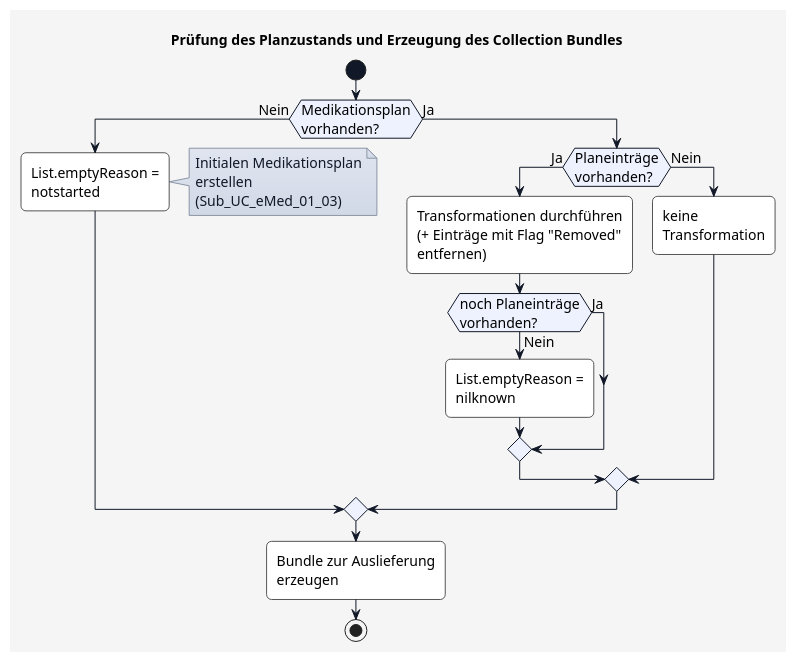
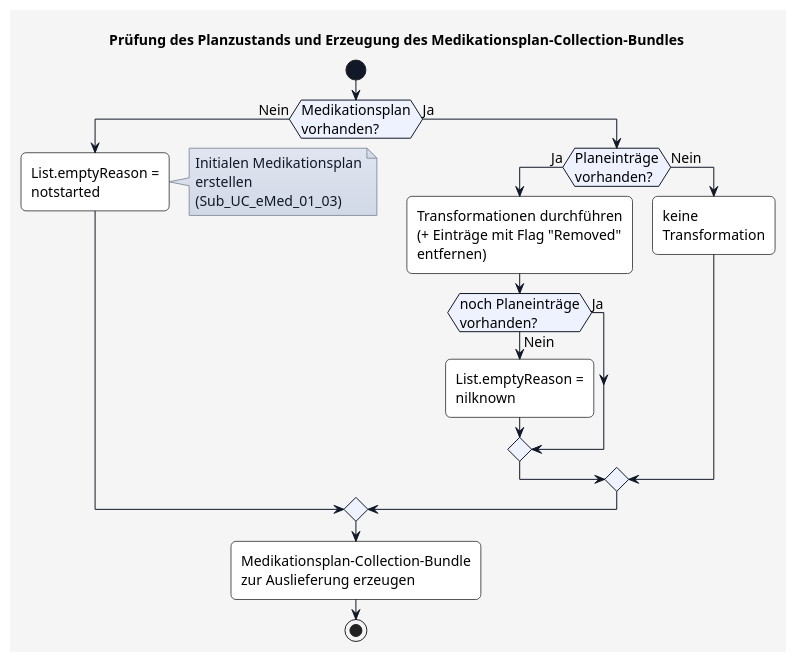
The diagram in plantuml/UC_eMed_01_01_plancheck.plantuml (HL7Austria/ELGA-e-Medikation-R4), drawn with PlantUML before and after one commit. The commit also changed 1 other file, not shown here.

Commit message:
Rename Collection Bundle to Medikationsplan-Collection-Bundle

```diff
--- a/plantuml/UC_eMed_01_01_plancheck.plantuml
+++ b/plantuml/UC_eMed_01_01_plancheck.plantuml
@@ -1,79 +1,79 @@
 @startuml
-title Prüfung des Planzustands und Erzeugung des Collection Bundles
+title Prüfung des Planzustands und Erzeugung des Medikationsplan-Collection-Bundles
 
 skinparam borderColor #000000
 skinparam backgroundColor #f5f5f5
 skinparam shadowing false
 skinparam roundCorner 10
 skinparam defaultFontName "Arial"
 skinparam defaultFontSize 14
 skinparam defaultFontColor #000000
 skinparam HyperlinkColor #0000EE
 skinparam HyperlinkUnderline false
 skinparam BoxPadding 20
 skinparam BoxBorderColor #555555
 
 skinparam note {
   BackgroundColor #e0e5f0-#d1d9e6
   BorderColor #8b95a5
   BorderThickness 1
   RoundCorner 0
   Padding 6
   FontColor #111827
   Shadowing false
 }
 
 skinparam activity {
   BackgroundColor #ffffff
   BorderColor #555555
   BorderThickness 1
   FontColor #000000
   FontSize 14
   DiamondBackgroundColor #eef2ff
   DiamondBorderColor #111827
   DiamondFontColor #000000
   StartColor #111827
   EndColor #111827
   ArrowColor #111827
   ArrowThickness 1
 }
 
 start
 
 if (Medikationsplan\nvorhanden?) then (Nein)
 
   :List.emptyReason =\nnotstarted;
 
   note right
     Initialen Medikationsplan
     erstellen
     (Sub_UC_eMed_01_03)
   end note
 
 else (Ja)
 
   if (Planeinträge\nvorhanden?) then (Ja)
 
     :Transformationen durchführen\n(+ Einträge mit Flag "Removed"\nentfernen);
 
     if (noch Planeinträge\nvorhanden?) then (Ja)
 
     else (Nein)
 
       :List.emptyReason =\nnilknown;
 
     endif
 
   else (Nein)
 
     :keine\nTransformation;
 
   endif
 
 endif
 
-:Bundle zur Auslieferung\nerzeugen;
+:Medikationsplan-Collection-Bundle\nzur Auslieferung erzeugen;
 
 stop
 
 @enduml
```
